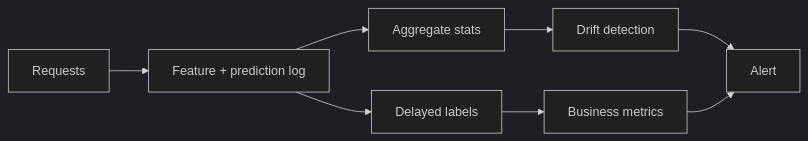
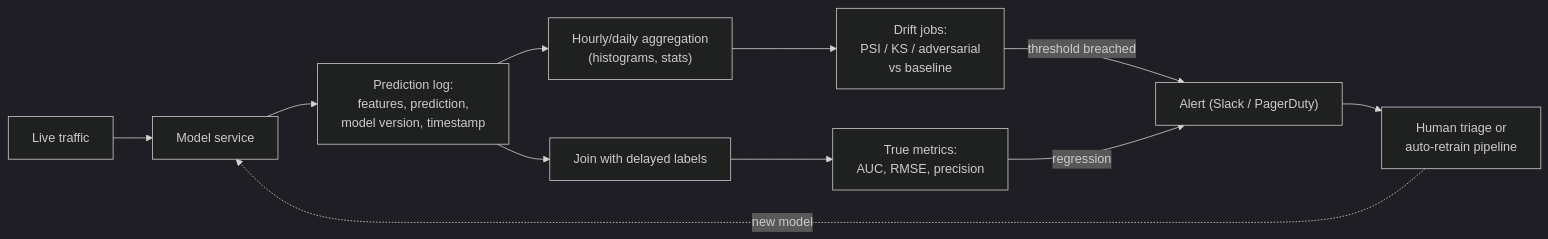
Before and after one commit to ABHIRAM3007/itp: the first of 2 diagrams in roadmap/phase-5-mlops/05-monitoring-drift.md, drawn with Mermaid (dark theme). The commit also changed other lines of this file and 16 other files, not shown here.

````diff
--- a/roadmap/phase-5-mlops/05-monitoring-drift.md
+++ b/roadmap/phase-5-mlops/05-monitoring-drift.md
@@ -65,10 +117,13 @@
 ```mermaid
 flowchart LR
-    Traffic["Requests"] --> Log["Feature + prediction log"]
-    Log --> Stats["Aggregate stats"]
-    Stats --> Drift["Drift detection"]
-    Drift --> Alert
-    Log --> Labels["Delayed labels"]
-    Labels --> Metrics["Business metrics"]
-    Metrics --> Alert
+    T["Live traffic"] --> S["Model service"]
+    S --> L["Prediction log:\nfeatures, prediction,\nmodel version, timestamp"]
+    L --> A["Hourly/daily aggregation\n(histograms, stats)"]
+    A --> D["Drift jobs:\nPSI / KS / adversarial\nvs baseline"]
+    D -->|threshold breached| AL["Alert (Slack / PagerDuty)"]
+    L --> J["Join with delayed labels"]
+    J --> M["True metrics:\nAUC, RMSE, precision"]
+    M -->|regression| AL
+    AL --> H["Human triage or\nauto-retrain pipeline"]
+    H -.->|new model| S
 ```
````
